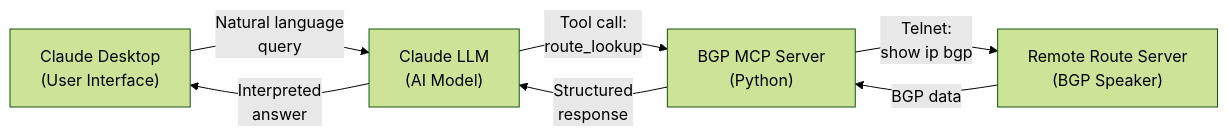
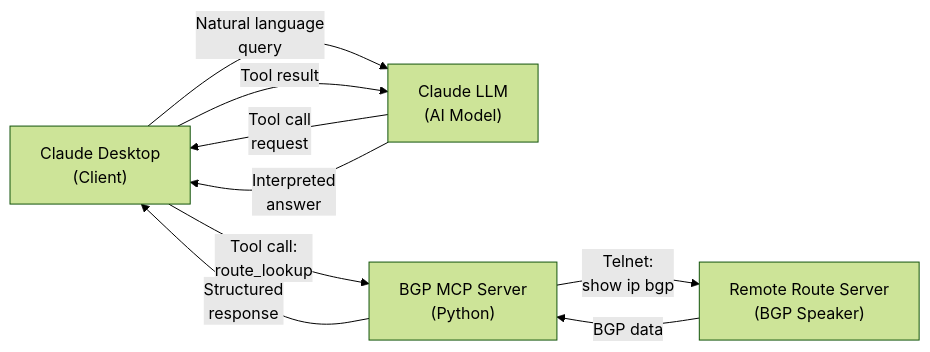
Before and after one commit to simonpainter/www.simonpainter.com: the diagram in blog/bgp-lg-mcp.md, drawn with Mermaid (forest theme). The commit also changed other lines of this file, not shown here.

Commit message:
Fix query flow diagram - tool calls come from Claude client
Correct the mermaid diagram to show that Claude Desktop (the client)
executes tool calls to the MCP server, not the LLM directly. The LLM
requests tool execution but the client handles the actual invocation.

````diff
--- a/blog/bgp-lg-mcp.md
+++ b/blog/bgp-lg-mcp.md
@@ -43,9 +43,11 @@
 ```mermaid
 flowchart LR
-    A["Claude Desktop<br/>(User Interface)"] -->|"Natural language<br/>query"| B["Claude LLM<br/>(AI Model)"]
-    B -->|"Tool call:<br/>route_lookup"| C["BGP MCP Server<br/>(Python)"]
+    A["Claude Desktop<br/>(Client)"] -->|"Natural language<br/>query"| B["Claude LLM<br/>(AI Model)"]
+    B -->|"Tool call<br/>request"| A
+    A -->|"Tool call:<br/>route_lookup"| C["BGP MCP Server<br/>(Python)"]
     C -->|"Telnet:<br/>show ip bgp"| D["Remote Route Server<br/>(BGP Speaker)"]
     D -->|"BGP data"| C
-    C -->|"Structured<br/>response"| B
+    C -->|"Structured<br/>response"| A
+    A -->|"Tool result"| B
     B -->|"Interpreted<br/>answer"| A
 ```
````
